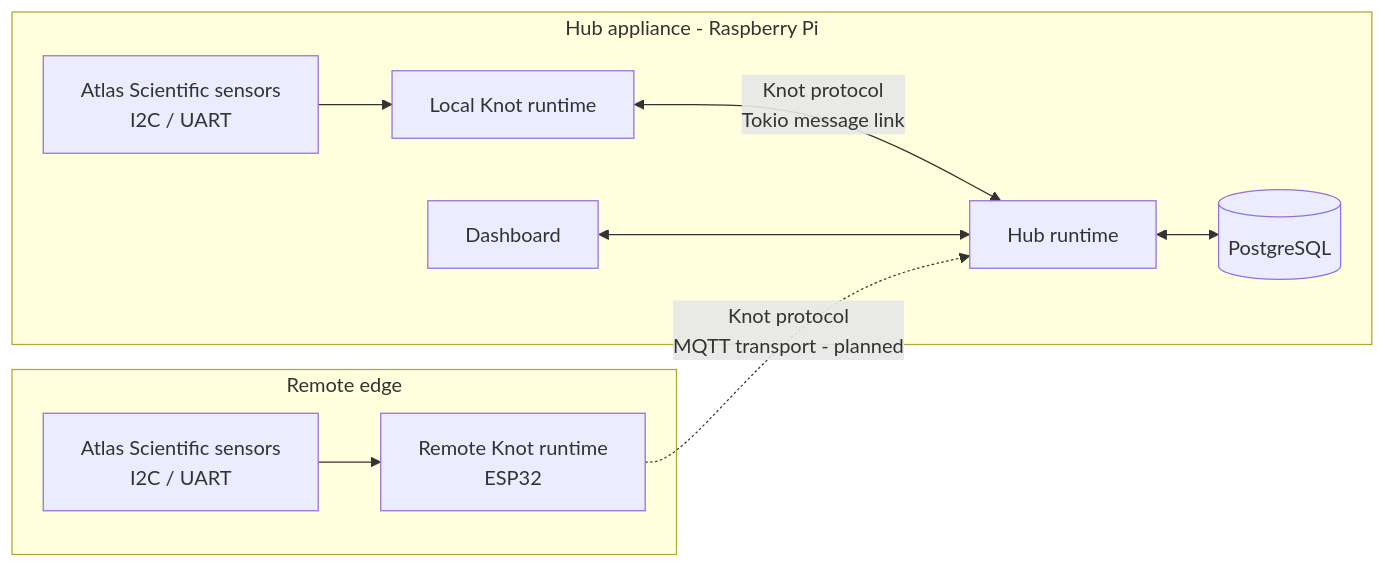
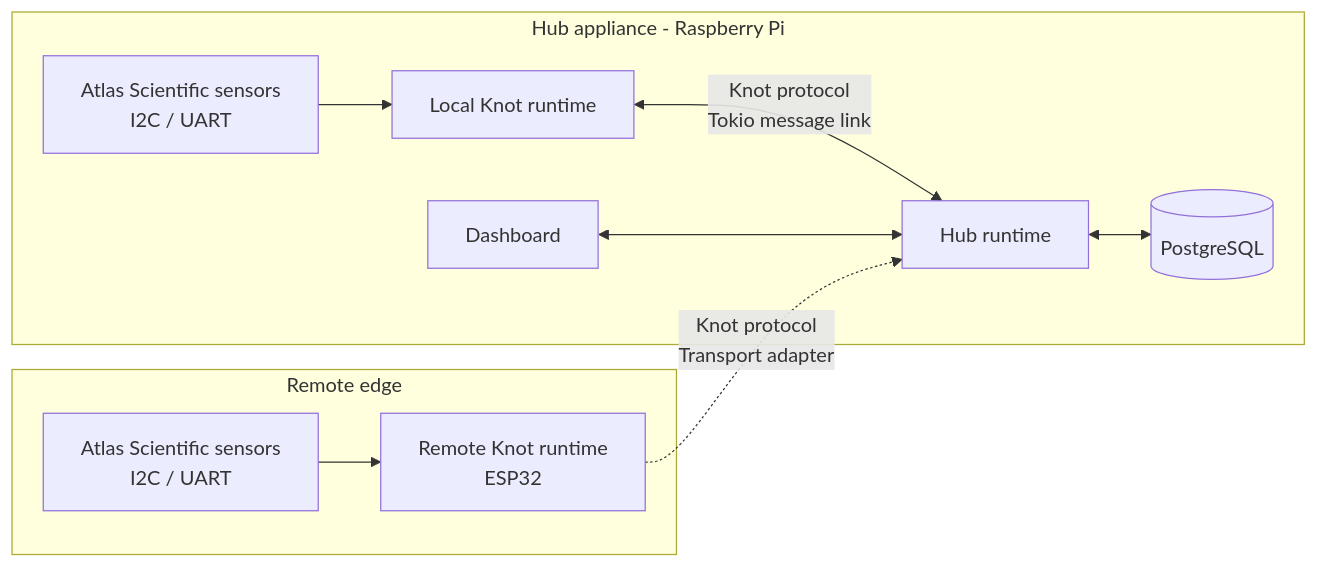
Before and after one commit to theredfish/arksync: the diagram in docs/src/architecture/overview.md, drawn with Mermaid. The commit also changed other lines of this file and 62 other files, not shown here.

First line of the commit message:
refactor: unify Hub/Knot delivery and rename the event router

````diff
--- a/docs/src/architecture/overview.md
+++ b/docs/src/architecture/overview.md
@@ -7,23 +7,23 @@
 ```mermaid
 flowchart LR
     subgraph RemoteEdge["Remote edge"]
         RemoteSensors["Atlas Scientific sensors<br/>I2C / UART"]
         EspKnot["Remote Knot runtime<br/>ESP32"]
         RemoteSensors --> EspKnot
     end
 
     subgraph HubAppliance["Hub appliance - Raspberry Pi"]
         LocalSensors["Atlas Scientific sensors<br/>I2C / UART"]
         LocalKnot["Local Knot runtime"]
         Hub["Hub runtime"]
         Dashboard["Dashboard"]
         Postgres[("PostgreSQL")]
 
         LocalSensors --> LocalKnot
         LocalKnot <-->|"Knot protocol<br/>Tokio message link"| Hub
         Hub <--> Postgres
         Dashboard <--> Hub
     end
 
-    EspKnot -.->|"Knot protocol<br/>MQTT transport - planned"| Hub
+    EspKnot -.->|"Knot protocol<br/>Transport adapter"| Hub
 ```
````
